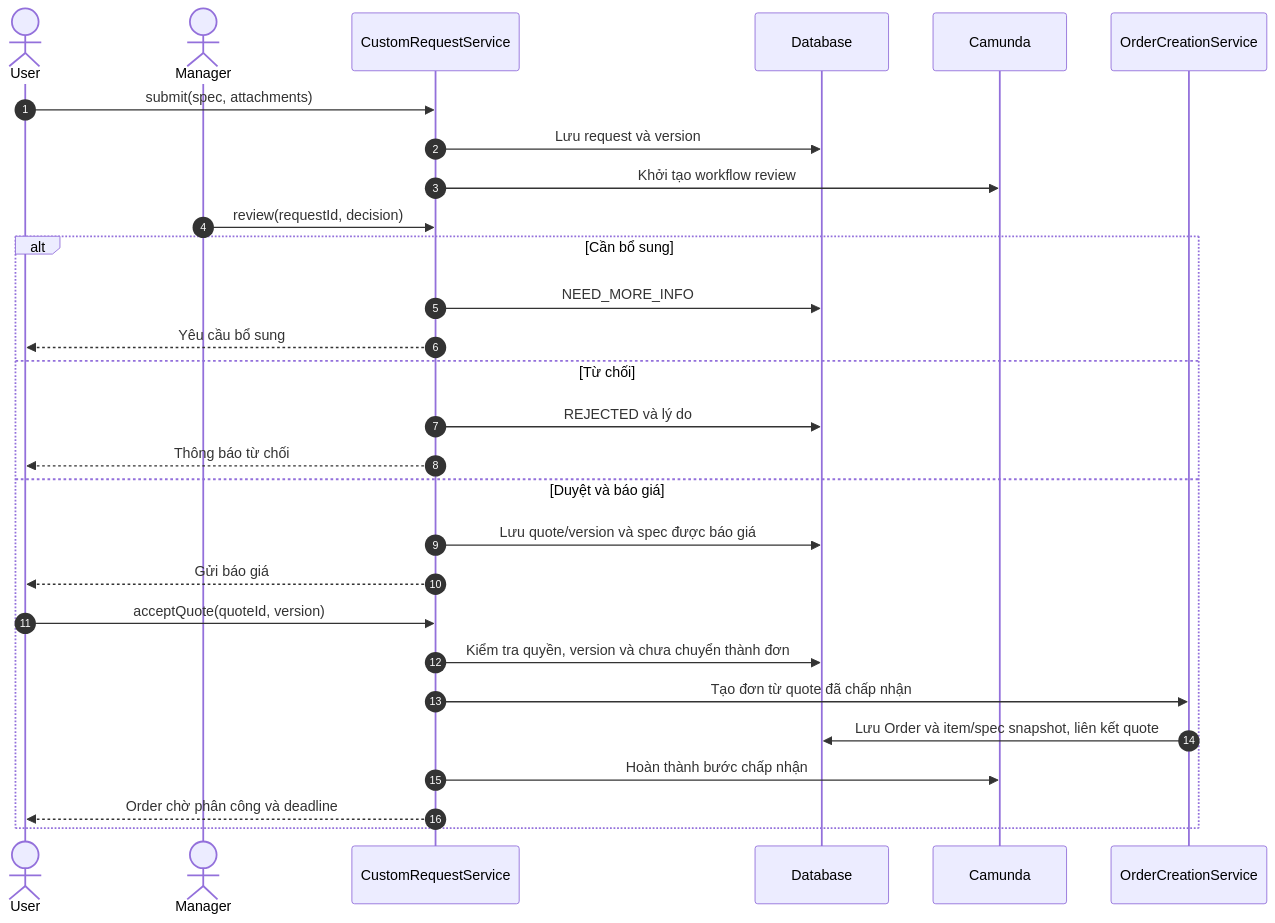
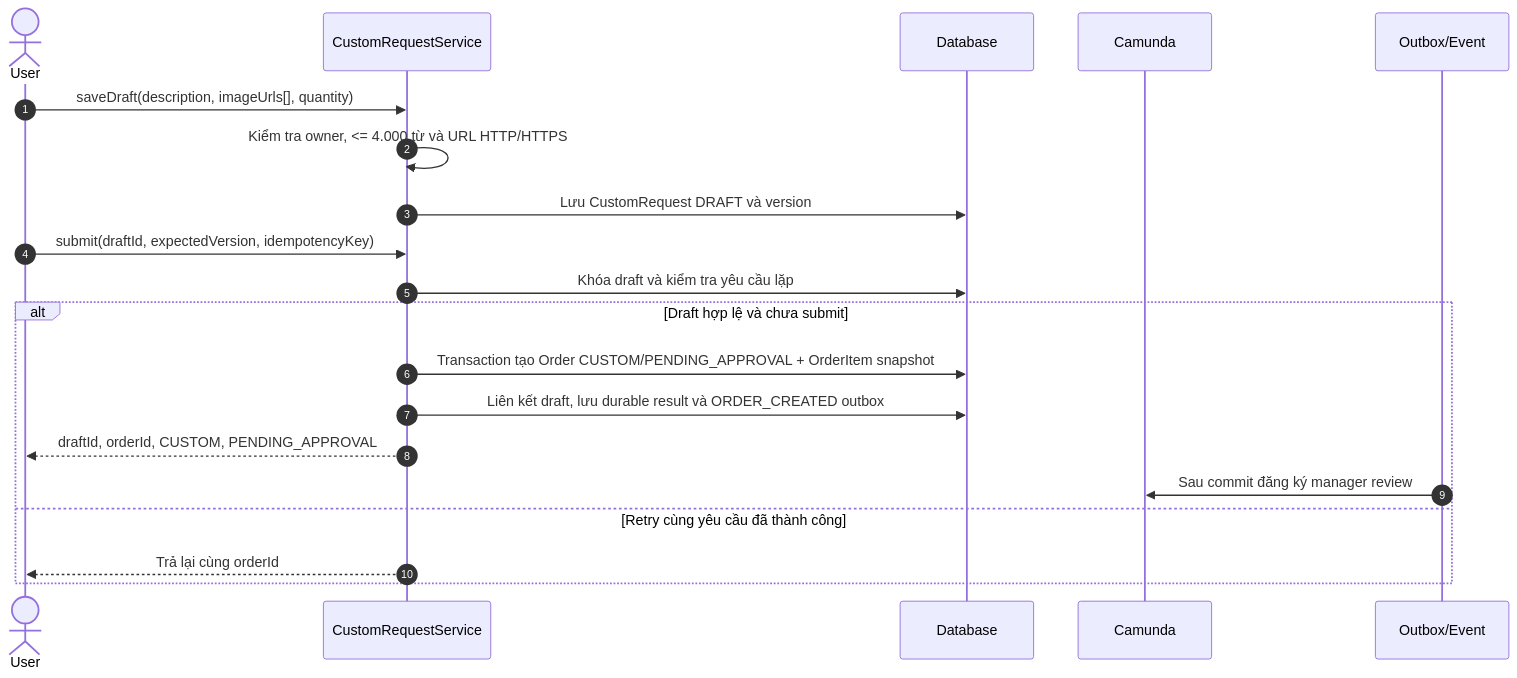
The sixth of 10 diagrams in docs/bao-cao-phan-tich-he-thong-made-to-order.md (phamngoctu11/product_be), drawn with Mermaid before and after one commit. The commit also changed other lines of this file and 35 other files, not shown here.

````diff
--- a/docs/bao-cao-phan-tich-he-thong-made-to-order.md
+++ b/docs/bao-cao-phan-tich-he-thong-made-to-order.md
@@ -531,30 +528,22 @@
 ```mermaid
 sequenceDiagram
     autonumber
     actor U as User
-    actor M as Manager
     participant S as CustomRequestService
     participant DB as Database
     participant W as Camunda
-    participant O as OrderCreationService
-    U->>S: submit(spec, attachments)
-    S->>DB: Lưu request và version
-    S->>W: Khởi tạo workflow review
-    M->>S: review(requestId, decision)
-    alt Cần bổ sung
-        S->>DB: NEED_MORE_INFO
-        S-->>U: Yêu cầu bổ sung
-    else Từ chối
-        S->>DB: REJECTED và lý do
-        S-->>U: Thông báo từ chối
-    else Duyệt và báo giá
-        S->>DB: Lưu quote/version và spec được báo giá
-        S-->>U: Gửi báo giá
-        U->>S: acceptQuote(quoteId, version)
-        S->>DB: Kiểm tra quyền, version và chưa chuyển thành đơn
-        S->>O: Tạo đơn từ quote đã chấp nhận
-        O->>DB: Lưu Order và item/spec snapshot, liên kết quote
-        S->>W: Hoàn thành bước chấp nhận
-        S-->>U: Order chờ phân công và deadline
+    participant E as Outbox/Event
+    U->>S: saveDraft(description, imageUrls[], quantity)
+    S->>S: Kiểm tra owner, <= 4.000 từ và URL HTTP/HTTPS
+    S->>DB: Lưu CustomRequest DRAFT và version
+    U->>S: submit(draftId, expectedVersion, idempotencyKey)
+    S->>DB: Khóa draft và kiểm tra yêu cầu lặp
+    alt Draft hợp lệ và chưa submit
+        S->>DB: Transaction tạo Order CUSTOM/PENDING_APPROVAL + OrderItem snapshot
+        S->>DB: Liên kết draft, lưu durable result và ORDER_CREATED outbox
+        S-->>U: draftId, orderId, CUSTOM, PENDING_APPROVAL
+        E->>W: Sau commit đăng ký manager review
+    else Retry cùng yêu cầu đã thành công
+        S-->>U: Trả lại cùng orderId
     end
 ```
````
